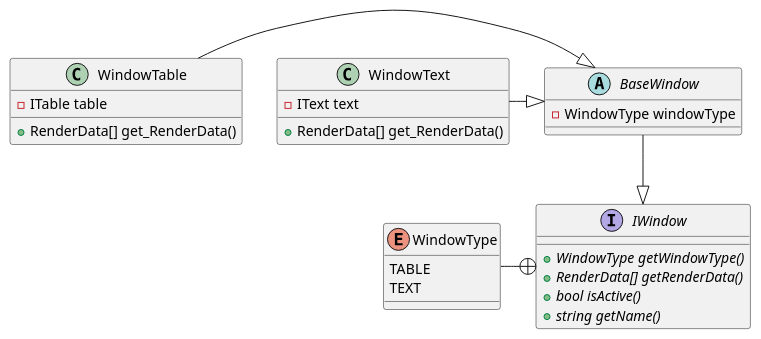
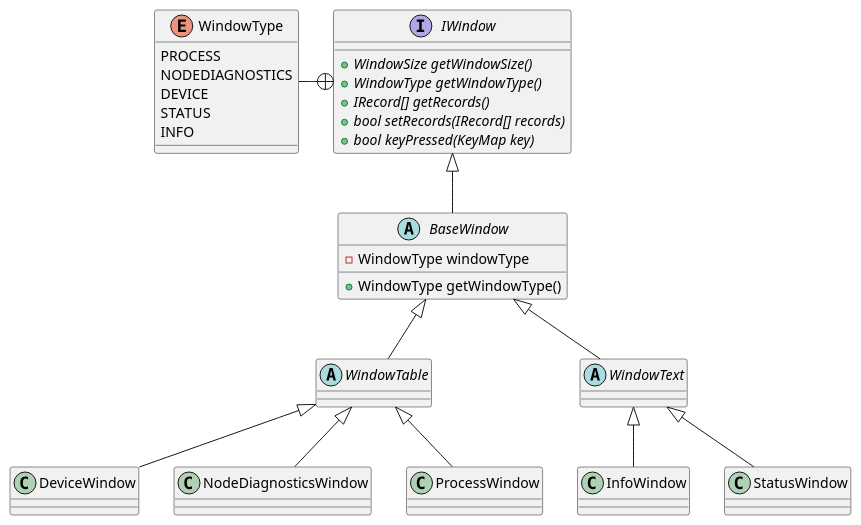
One commit to dgitz/eros changed the diagram in doc/SystemMonitor/WindowClassDiagram.puml. Above: the diagram before and after it, drawn with PlantUML. The commit also changed 44 other files, not shown here.

```diff
--- a/doc/SystemMonitor/WindowClassDiagram.puml
+++ b/doc/SystemMonitor/WindowClassDiagram.puml
@@ -1,32 +1,53 @@
 @startuml
 interface IWindow {
+    +{abstract} WindowSize getWindowSize()
     +{abstract} WindowType getWindowType()
-    +{abstract} RenderData[] getRenderData()
-    +{abstract} bool isActive()
-    +{abstract} string getName()
+    +{abstract} IRecord[] getRecords()
+    +{abstract} bool setRecords(IRecord[] records)
+    +{abstract} bool keyPressed(KeyMap key)
 } 
 abstract BaseWindow {
+    +WindowType getWindowType()
     -WindowType windowType
 
 }
-BaseWindow --|> IWindow
+IWindow <|-- BaseWindow
 
 enum WindowType {
-    TABLE
-    TEXT
+    PROCESS
+    NODEDIAGNOSTICS
+    DEVICE
+    STATUS
+    INFO
 }
 WindowType -+ IWindow
 
-class WindowTable {
-    +RenderData[] get_RenderData()
-    -ITable table
+abstract WindowTable {
 
 }
-WindowTable -|> BaseWindow
-class WindowText {
-    +RenderData[] get_RenderData()
-    -IText text
+BaseWindow <|-- WindowTable
+abstract WindowText {
 }
-WindowText -|> BaseWindow
+BaseWindow <|-- WindowText
 
+class DeviceWindow {
+
+}
+WindowTable <|-- DeviceWindow
+class InfoWindow {
+
+}
+WindowText <|-- InfoWindow
+class NodeDiagnosticsWindow {
+
+}
+WindowTable <|-- NodeDiagnosticsWindow
+class ProcessWindow {
+
+}
+WindowTable <|-- ProcessWindow
+class StatusWindow {
+
+}
+WindowText <|-- StatusWindow
 @enduml
```
